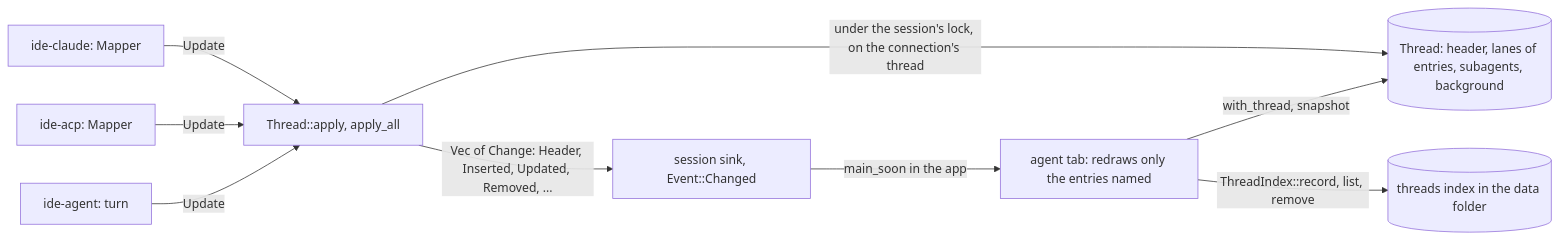
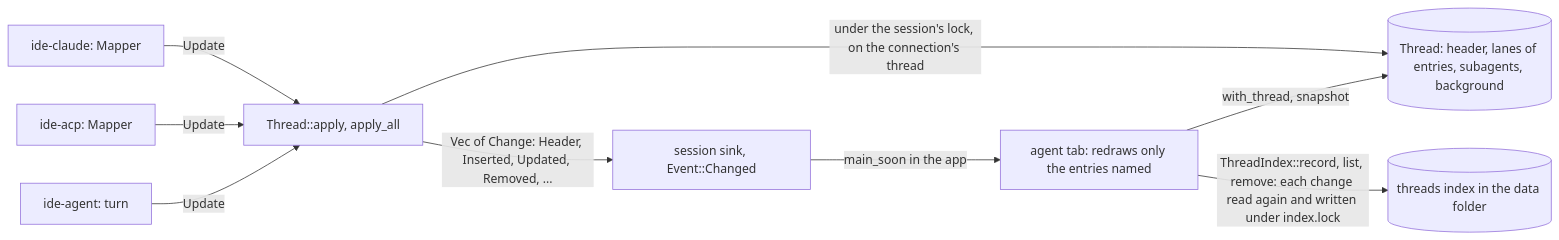
The diagram in crates/ide-thread/README.md (sventmueller/dango), drawn with Mermaid before and after one commit. The commit also changed 826 other files, not shown here.

````diff
--- a/crates/ide-thread/README.md
+++ b/crates/ide-thread/README.md
@@ -8,11 +8,11 @@
 ```mermaid
 flowchart LR
     claude["ide-claude: Mapper"] -->|"Update"| apply["Thread::apply, apply_all"]
     acp["ide-acp: Mapper"] -->|"Update"| apply
     agent["ide-agent: turn"] -->|"Update"| apply
     apply -->|"under the session's lock, on the connection's thread"| thread[("Thread: header, lanes of entries, subagents, background")]
     apply -->|"Vec of Change: Header, Inserted, Updated, Removed, ..."| sink["session sink, Event::Changed"]
     sink -->|"main_soon in the app"| tab["agent tab: redraws only the entries named"]
     tab -->|"with_thread, snapshot"| thread
-    tab -->|"ThreadIndex::record, list, remove"| index[("threads index in the data folder")]
+    tab -->|"ThreadIndex::record, list, remove: each change read again and written under index.lock"| index[("threads index in the data folder")]
 ```
````
